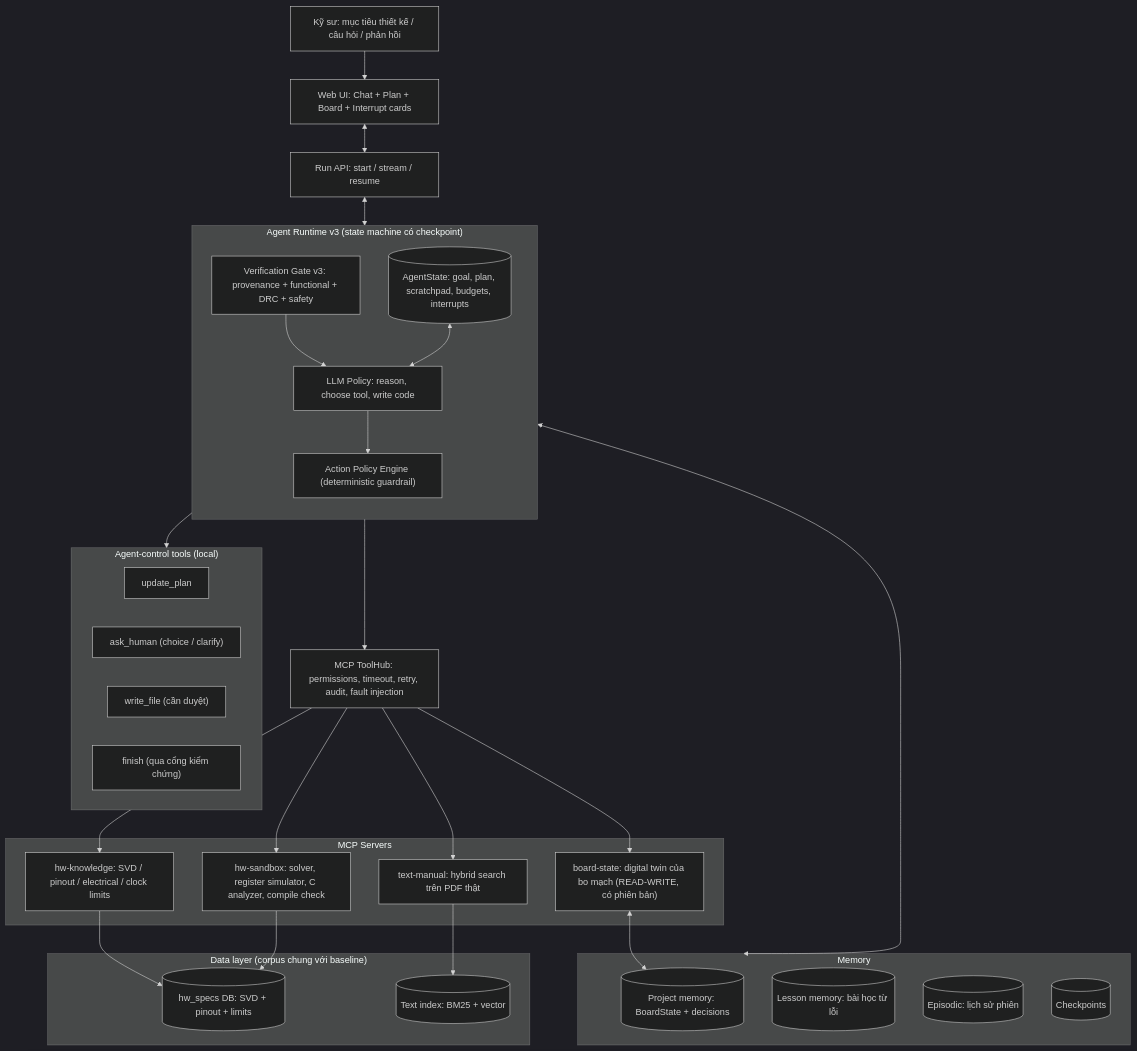
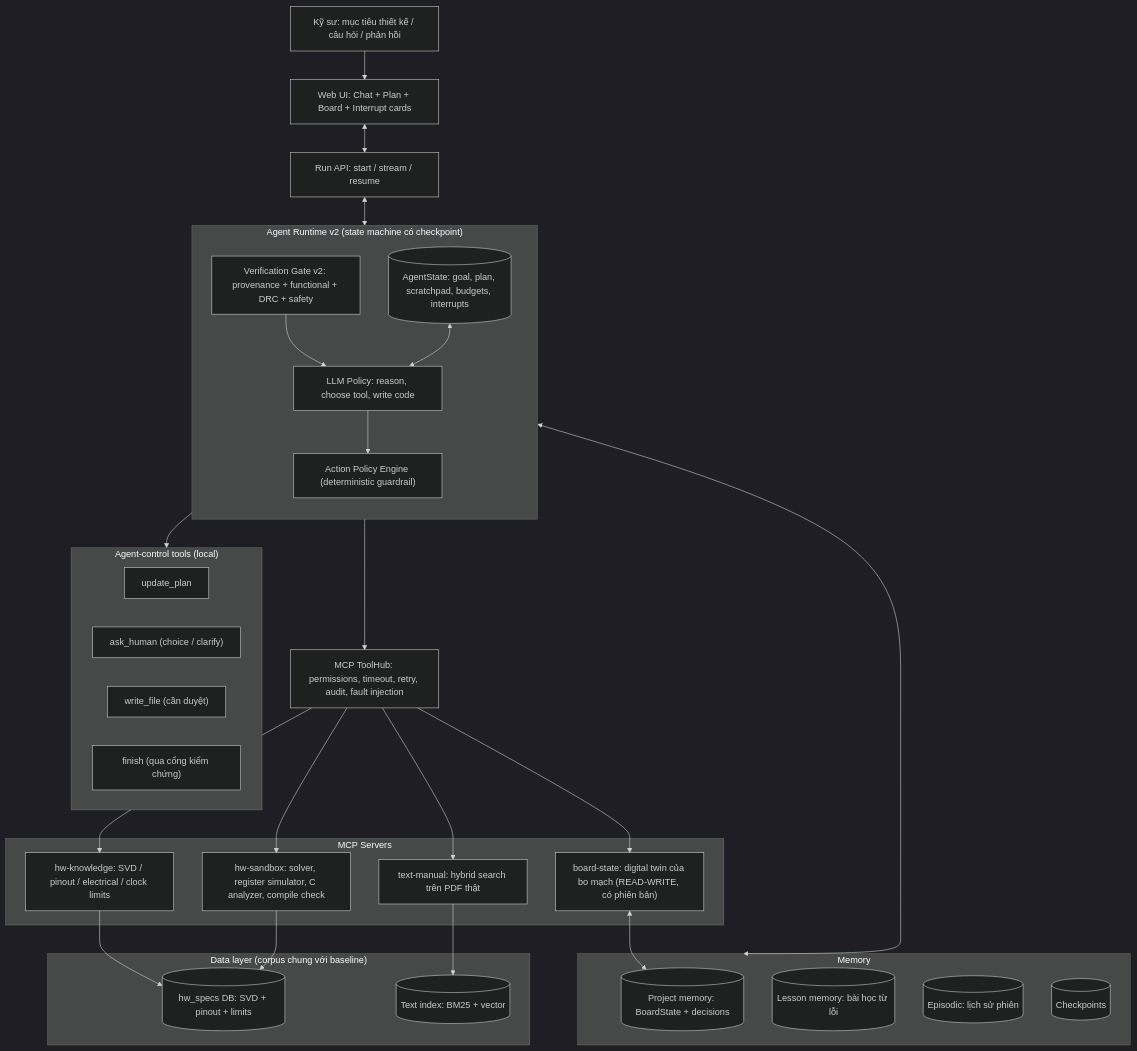
The first of 3 diagrams in plan/AgenticUpgradePlan.md (htbitb/Agentic-RAG-for-Hardware-Specs-Smart-Retrieval-for-Embedded-IoT-System), drawn with Mermaid (dark theme) before and after one commit. The commit also changed other lines of this file and 35 other files, not shown here.

````diff
--- a/plan/AgenticUpgradePlan.md
+++ b/plan/AgenticUpgradePlan.md
@@ -117,52 +117,52 @@
 ```mermaid
 flowchart TB
     U["Kỹ sư: mục tiêu thiết kế / câu hỏi / phản hồi"] --> UI["Web UI: Chat + Plan + Board + Interrupt cards"]
     UI <--> API["Run API: start / stream / resume"]
     API <--> RT
 
-    subgraph RT["Agent Runtime v3 (state machine có checkpoint)"]
+    subgraph RT["Agent Runtime v2 (state machine có checkpoint)"]
         direction TB
         ST[("AgentState: goal, plan, scratchpad, budgets, interrupts")]
         LLM["LLM Policy: reason, choose tool, write code"]
         POL["Action Policy Engine (deterministic guardrail)"]
-        GATE["Verification Gate v3: provenance + functional + DRC + safety"]
+        GATE["Verification Gate v2: provenance + functional + DRC + safety"]
         LLM --> POL
         GATE --> LLM
         ST <--> LLM
     end
 
     POL --> HUB["MCP ToolHub: permissions, timeout, retry, audit, fault injection"]
 
     subgraph TOOLS["MCP Servers"]
         T1["text-manual: hybrid search trên PDF thật"]
         T2["hw-knowledge: SVD / pinout / electrical / clock limits"]
         T3["board-state: digital twin của bo mạch (READ-WRITE, có phiên bản)"]
         T4["hw-sandbox: solver, register simulator, C analyzer, compile check"]
     end
     HUB --> T1 & T2 & T3 & T4
 
     subgraph LOCAL["Agent-control tools (local)"]
         C1["update_plan"]
         C2["ask_human (choice / clarify)"]
         C3["write_file (cần duyệt)"]
         C4["finish (qua cổng kiểm chứng)"]
     end
     POL --> LOCAL
 
     subgraph MEM["Memory"]
         M1[("Project memory: BoardState + decisions")]
         M2[("Lesson memory: bài học từ lỗi")]
         M3[("Episodic: lịch sử phiên")]
         M4[("Checkpoints")]
     end
     RT <--> MEM
     T3 <--> M1
 
     subgraph DATA["Data layer (corpus chung với baseline)"]
         D1[("hw_specs DB: SVD + pinout + limits")]
         D2[("Text index: BM25 + vector")]
     end
     T1 --> D2
     T2 --> D1
     T4 --> D1
 ```
````
